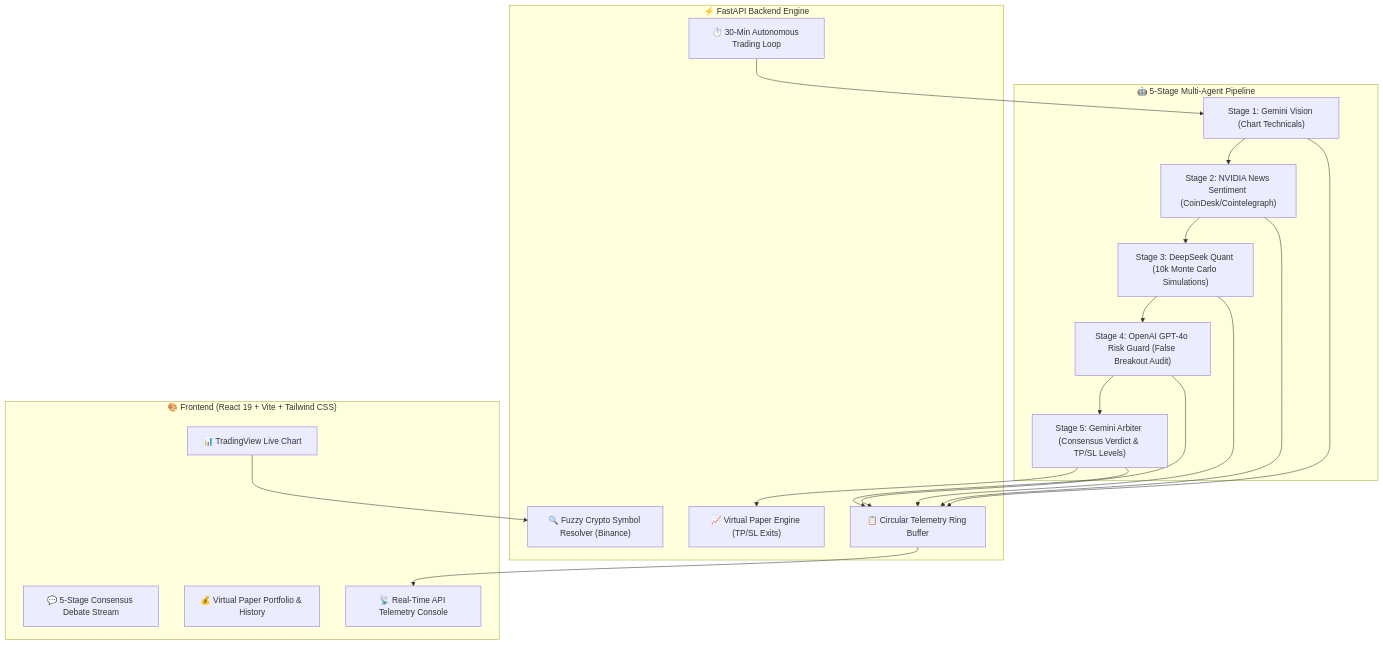
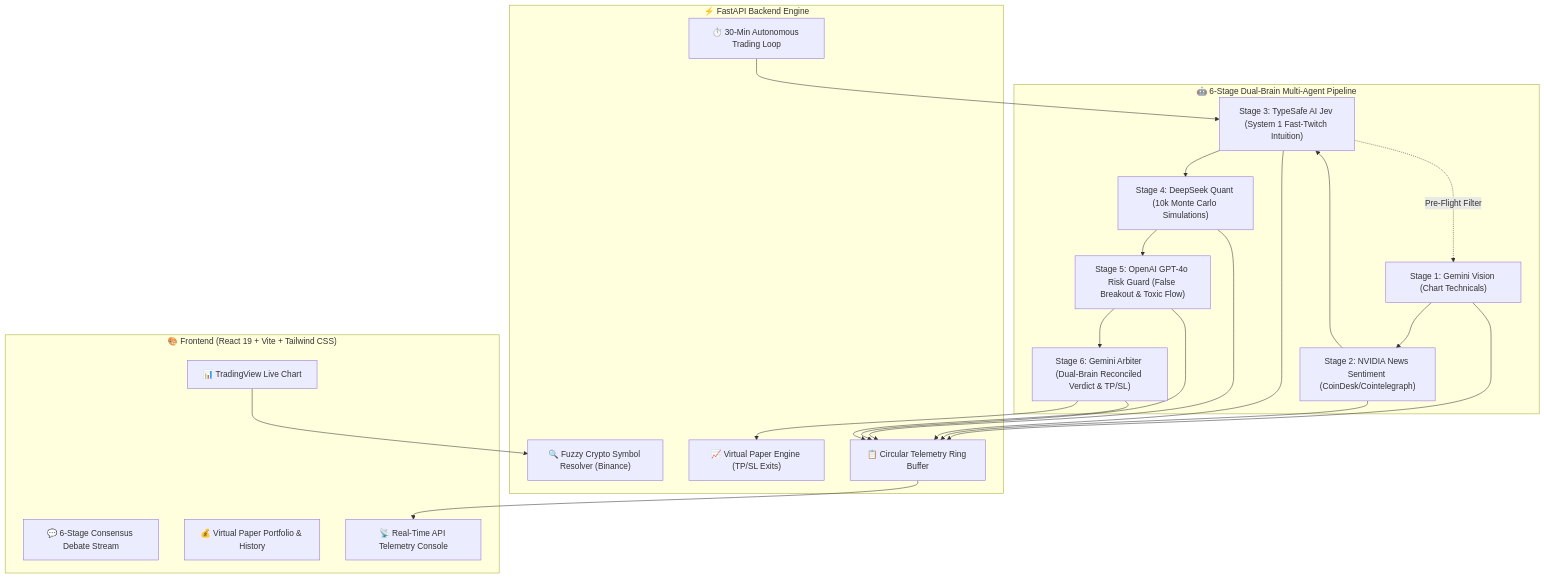
The diagram in README.md (swastik2012/Crypto-Bot), drawn with Mermaid before and after one commit. The commit also changed other lines of this file and 23 other files, not shown here.

Commit message:
feat: add TypeSafe AI Jev System 1 fast-twitch intuition agent to multi-agent consensus pipeline

````diff
--- a/README.md
+++ b/README.md
@@ -92,31 +97,33 @@
 ```mermaid
 flowchart TD
     subgraph UI ["🎨 Frontend (React 19 + Vite + Tailwind CSS)"]
         TVChart["📊 TradingView Live Chart"]
-        DebateHUD["💬 5-Stage Consensus Debate Stream"]
+        DebateHUD["💬 6-Stage Consensus Debate Stream"]
         PaperUI["💰 Virtual Paper Portfolio & History"]
         TelemetryUI["📡 Real-Time API Telemetry Console"]
     end
 
     subgraph Backend ["⚡ FastAPI Backend Engine"]
         Resolver["🔍 Fuzzy Crypto Symbol Resolver (Binance)"]
         PaperEngine["📈 Virtual Paper Engine (TP/SL Exits)"]
         Scheduler["⏱️ 30-Min Autonomous Trading Loop"]
         TelemetryStore["📋 Circular Telemetry Ring Buffer"]
     end
 
-    subgraph Consensus ["🤖 5-Stage Multi-Agent Pipeline"]
+    subgraph Consensus ["🤖 6-Stage Dual-Brain Multi-Agent Pipeline"]
         S1["Stage 1: Gemini Vision (Chart Technicals)"]
         S2["Stage 2: NVIDIA News Sentiment (CoinDesk/Cointelegraph)"]
-        S3["Stage 3: DeepSeek Quant (10k Monte Carlo Simulations)"]
-        S4["Stage 4: OpenAI GPT-4o Risk Guard (False Breakout Audit)"]
-        S5["Stage 5: Gemini Arbiter (Consensus Verdict & TP/SL Levels)"]
+        S3["Stage 3: TypeSafe AI Jev (System 1 Fast-Twitch Intuition)"]
+        S4["Stage 4: DeepSeek Quant (10k Monte Carlo Simulations)"]
+        S5["Stage 5: OpenAI GPT-4o Risk Guard (False Breakout & Toxic Flow)"]
+        S6["Stage 6: Gemini Arbiter (Dual-Brain Reconciled Verdict & TP/SL)"]
     end
 
     TVChart --> Resolver
-    Scheduler --> S1
-    S1 --> S2 --> S3 --> S4 --> S5
-    S5 --> PaperEngine
-    S1 & S2 & S3 & S4 & S5 --> TelemetryStore
+    Scheduler --> S3
+    S3 -.->|Pre-Flight Filter| S1
+    S1 --> S2 --> S3 --> S4 --> S5 --> S6
+    S6 --> PaperEngine
+    S1 & S2 & S3 & S4 & S5 & S6 --> TelemetryStore
     TelemetryStore --> TelemetryUI
 ```
````
